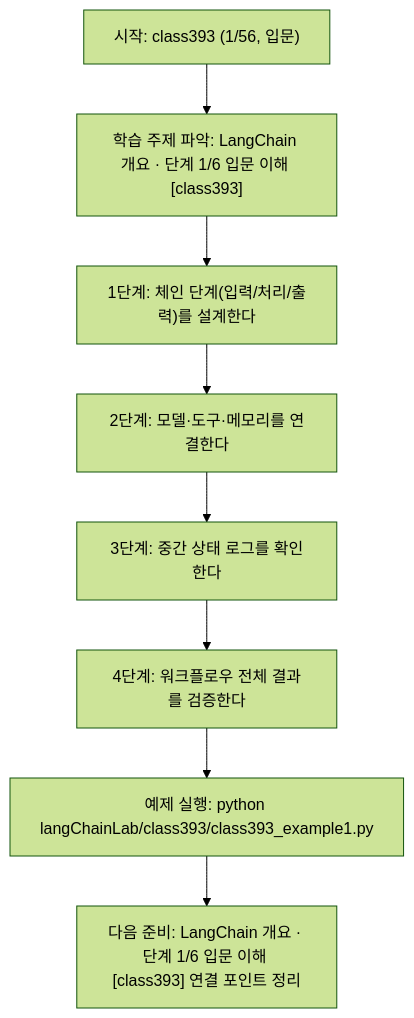
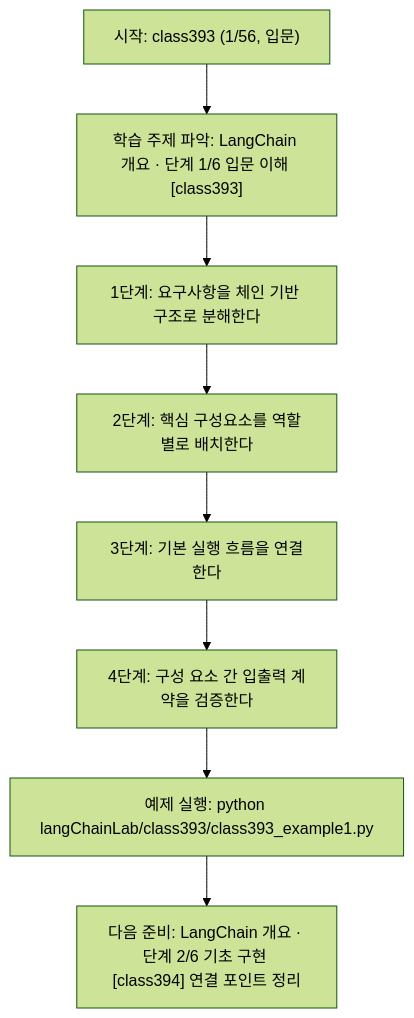
One commit to edumgt/Python-AI_Agent-Class changed the diagram in langChainLab/class393/class393.md. Above: the diagram before and after it, drawn with Mermaid (forest theme). The commit also changed other lines of this file and 395 other files, not shown here.

````diff
--- a/langChainLab/class393/class393.md
+++ b/langChainLab/class393/class393.md
@@ -109,18 +91,18 @@
 ```mermaid
 flowchart TD
 N1["시작: class393 (1/56, 입문)"]
 N2["학습 주제 파악: LangChain 개요 · 단계 1/6 입문 이해 [class393]"]
-N3["1단계: 체인 단계(입력/처리/출력)를 설계한다"]
-N4["2단계: 모델·도구·메모리를 연결한다"]
-N5["3단계: 중간 상태 로그를 확인한다"]
-N6["4단계: 워크플로우 전체 결과를 검증한다"]
+N3["1단계: 요구사항을 체인 기반 구조로 분해한다"]
+N4["2단계: 핵심 구성요소를 역할별로 배치한다"]
+N5["3단계: 기본 실행 흐름을 연결한다"]
+N6["4단계: 구성 요소 간 입출력 계약을 검증한다"]
 N7["예제 실행: python langChainLab/class393/class393_example1.py"]
-N8["다음 준비: LangChain 개요 · 단계 1/6 입문 이해 [class393] 연결 포인트 정리"]
+N8["다음 준비: LangChain 개요 · 단계 2/6 기초 구현 [class394] 연결 포인트 정리"]
 N1 --> N2
 N2 --> N3
 N3 --> N4
 N4 --> N5
 N5 --> N6
 N6 --> N7
 N7 --> N8
 ```
````
